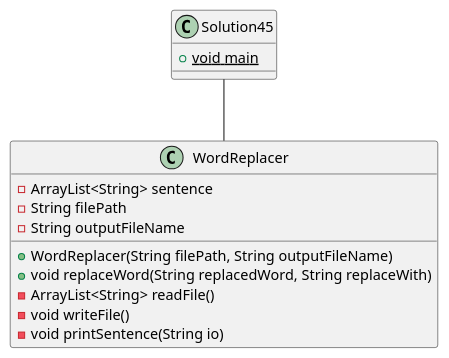
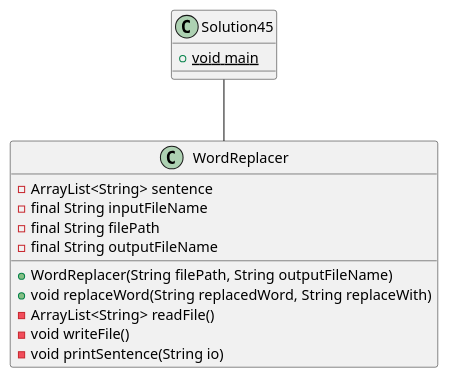
Before and after one commit to peteperri/perri-a04: the diagram in exercise45/docs/Solution45.puml, drawn with PlantUML. The commit also changed 16 other files, not shown here.

```diff
--- a/exercise45/docs/Solution45.puml
+++ b/exercise45/docs/Solution45.puml
@@ -1,21 +1,22 @@
 @startuml
 'https://plantuml.com/class-diagram
 
 class Solution45{
 +{static} void main
 }
 
 class WordReplacer{
 -ArrayList<String> sentence
--String filePath
--String outputFileName
+-final String inputFileName
+-final String filePath
+-final String outputFileName
 +WordReplacer(String filePath, String outputFileName)
 +void replaceWord(String replacedWord, String replaceWith)
 -ArrayList<String> readFile()
 -void writeFile()
 -void printSentence(String io)
 }
 
 Solution45 -- WordReplacer
 
 @enduml
```
